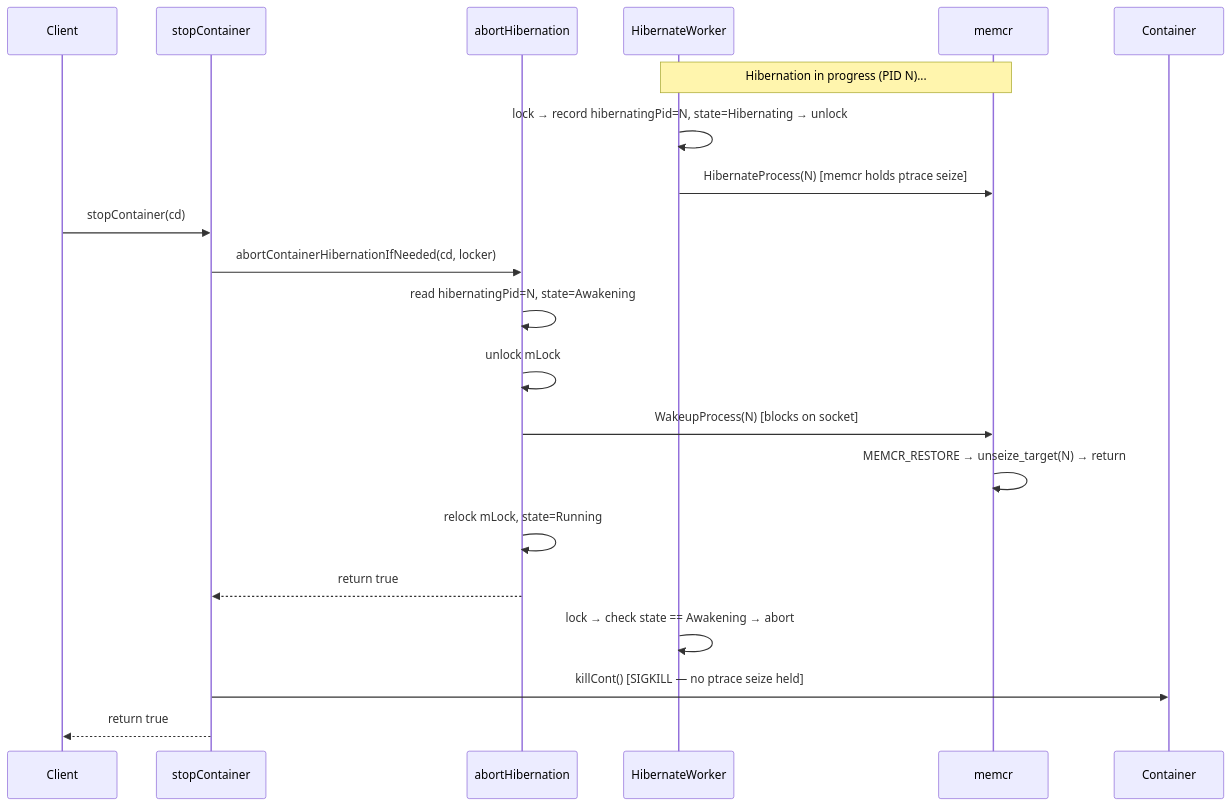
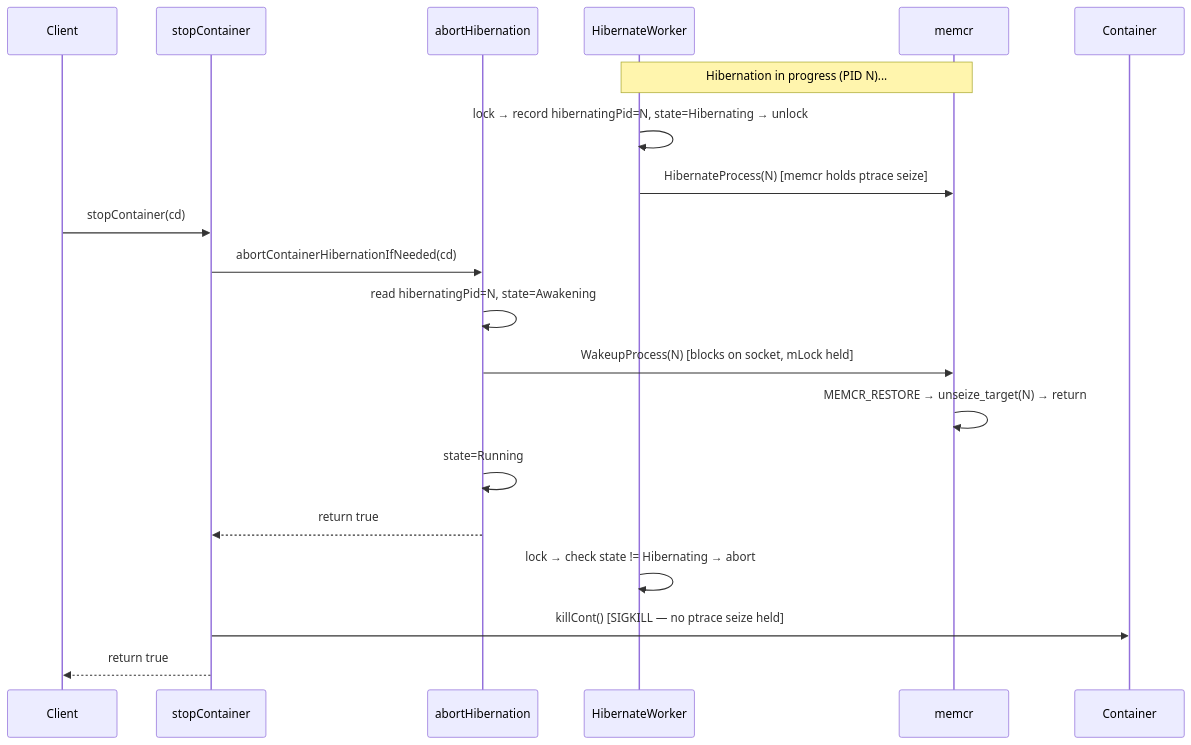
The diagram in openspec/specs/proposals/stop-hibernate-sync.md (rdkcentral/Dobby), drawn with Mermaid before and after one commit. The commit also changed other lines of this file, not shown here.

Commit message:
RDKEMW-13969: Update stop-hibernate-sync.md

````diff
--- a/openspec/specs/proposals/stop-hibernate-sync.md
+++ b/openspec/specs/proposals/stop-hibernate-sync.md
@@ -195,26 +201,25 @@
 ```mermaid
 sequenceDiagram
     participant Client
     participant stopContainer
     participant abortHibernation
     participant HibernateWorker
     participant memcr
     participant Container
 
     Note over HibernateWorker,memcr: Hibernation in progress (PID N)...
     HibernateWorker->>HibernateWorker: lock → record hibernatingPid=N, state=Hibernating → unlock
     HibernateWorker->>memcr: HibernateProcess(N) [memcr holds ptrace seize]
 
     Client->>stopContainer: stopContainer(cd)
-    stopContainer->>abortHibernation: abortContainerHibernationIfNeeded(cd, locker)
+    stopContainer->>abortHibernation: abortContainerHibernationIfNeeded(cd)
     abortHibernation->>abortHibernation: read hibernatingPid=N, state=Awakening
-    abortHibernation->>abortHibernation: unlock mLock
-    abortHibernation->>memcr: WakeupProcess(N) [blocks on socket]
+    abortHibernation->>memcr: WakeupProcess(N) [blocks on socket, mLock held]
     memcr->>memcr: MEMCR_RESTORE → unseize_target(N) → return
-    abortHibernation->>abortHibernation: relock mLock, state=Running
+    abortHibernation->>abortHibernation: state=Running
     abortHibernation-->>stopContainer: return true
 
-    HibernateWorker->>HibernateWorker: lock → check state == Awakening → abort
+    HibernateWorker->>HibernateWorker: lock → check state != Hibernating → abort
     stopContainer->>Container: killCont() [SIGKILL — no ptrace seize held]
     stopContainer-->>Client: return true
 ```
````
